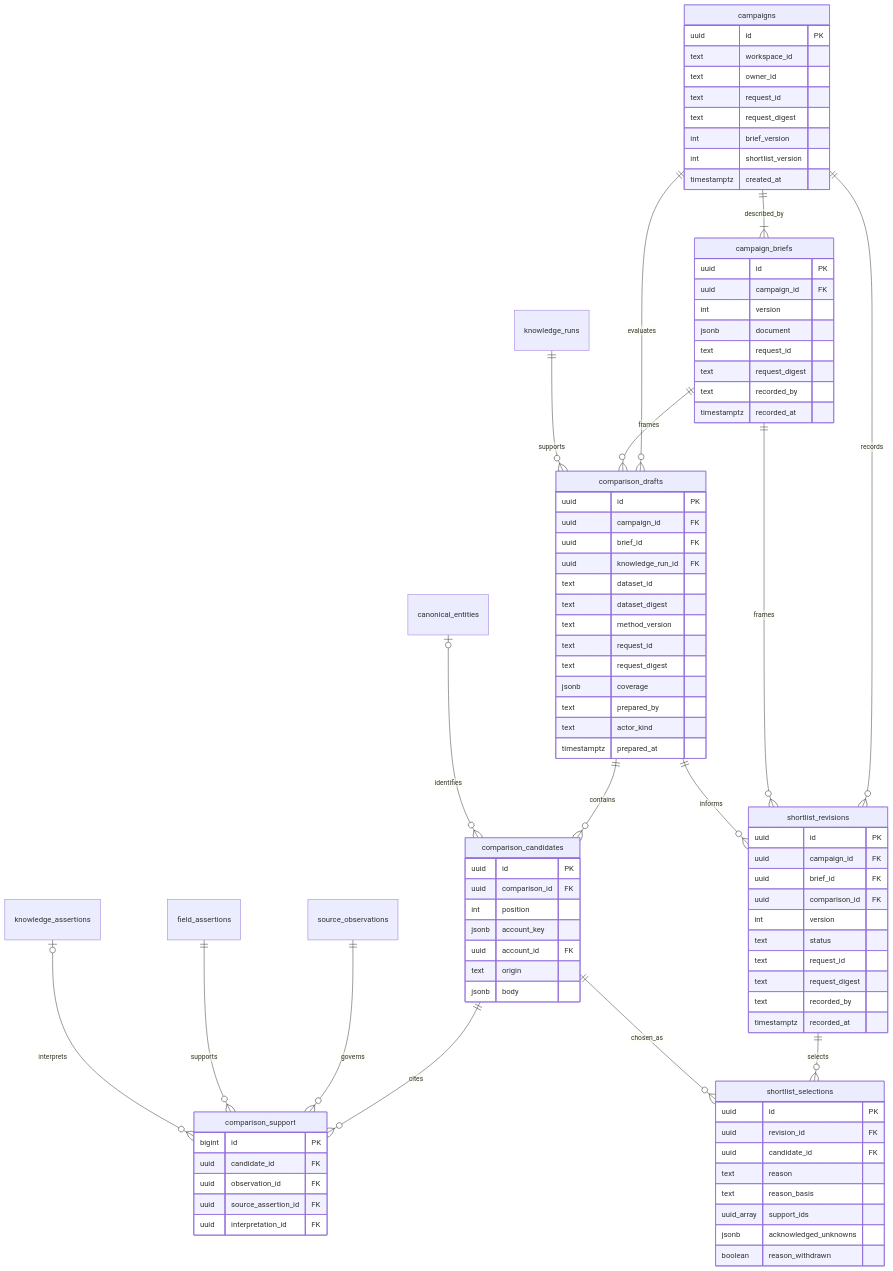
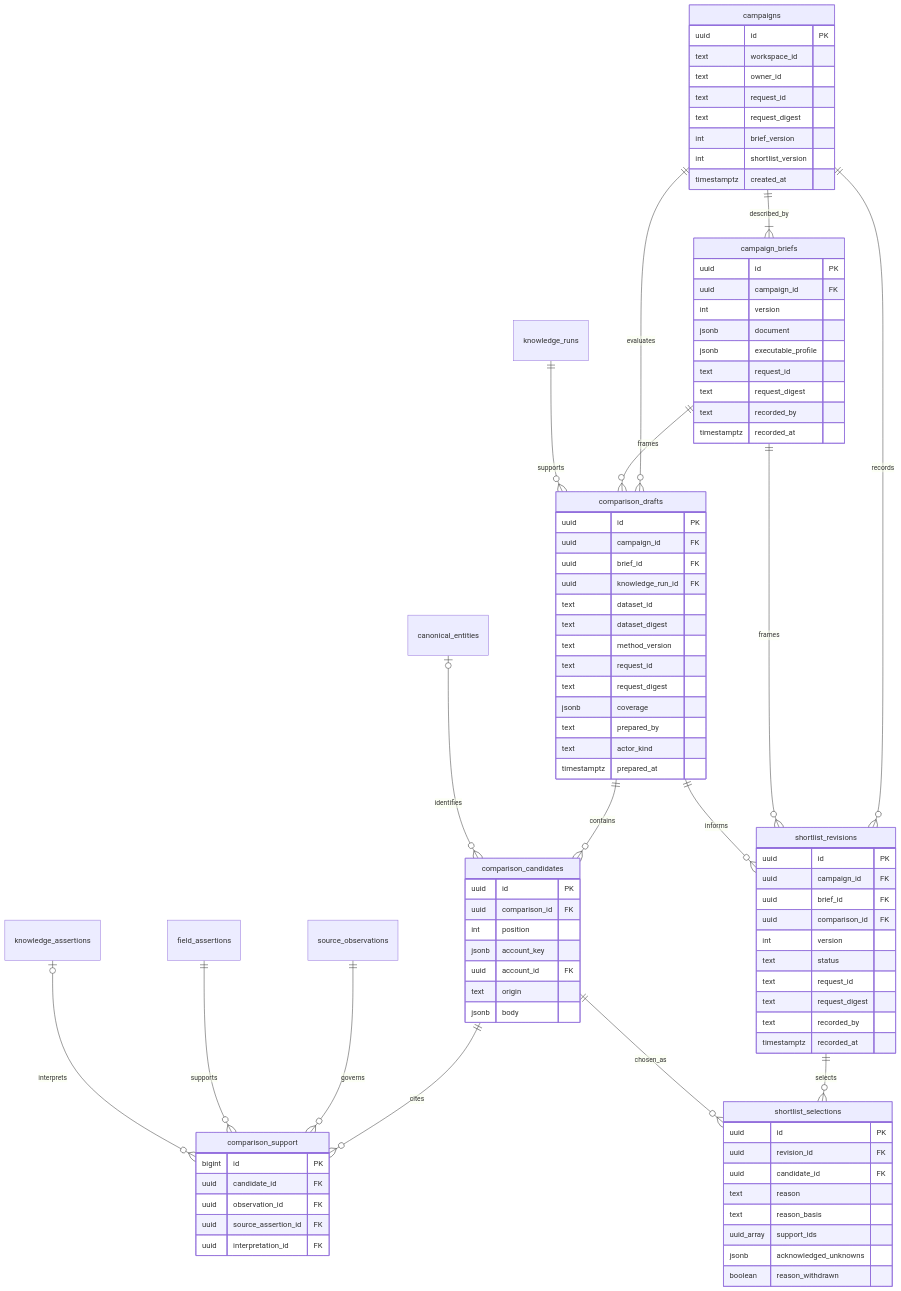
One commit to jinroylee/social-marketing-intelligence changed the third of 8 diagrams in docs/data-model.md. Above: the diagram before and after it, drawn with Mermaid. The commit also changed other lines of this file and 18 other files, not shown here.

```diff
--- a/docs/data-model.md
+++ b/docs/data-model.md
@@ -296,6 +296,7 @@
         uuid campaign_id FK
         int version
         jsonb document
+        jsonb executable_profile
         text request_id
         text request_digest
         text recorded_by
```
